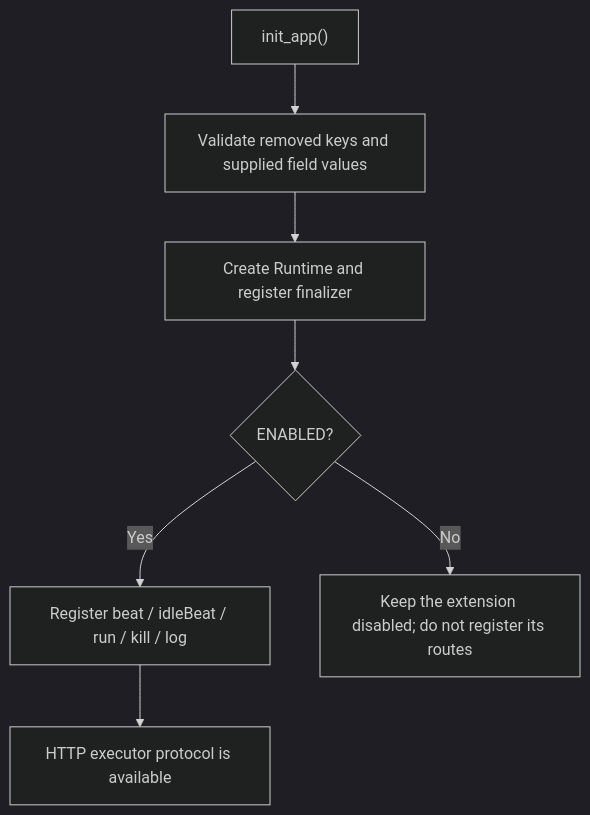
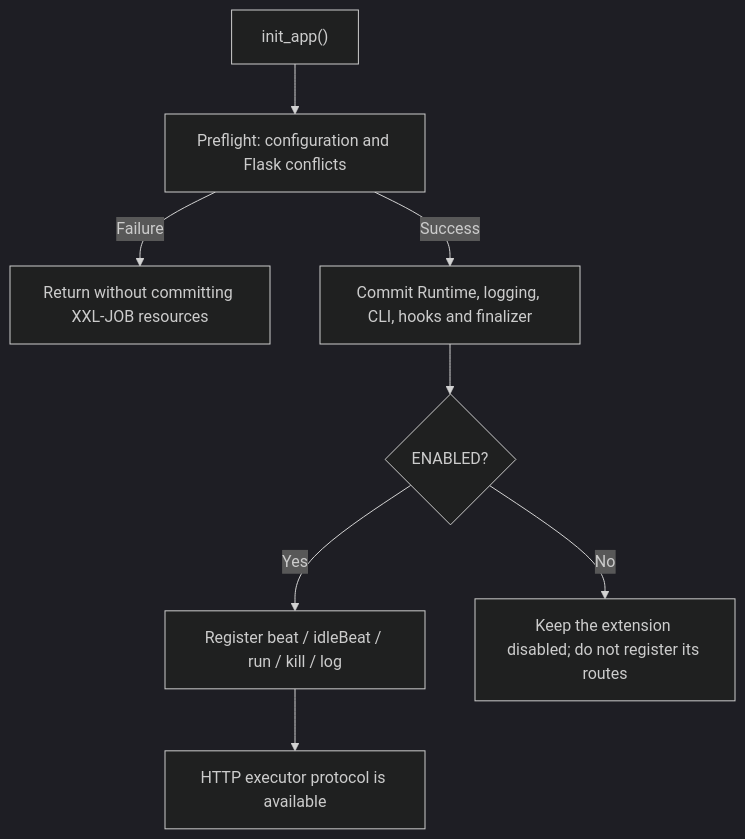
The first of 2 diagrams in docs/deployment.md (pumpkin-nbc/Flask-XXLJob), drawn with Mermaid (dark theme) before and after one commit. The commit also changed other lines of this file and 36 other files, not shown here.

````diff
--- a/docs/deployment.md
+++ b/docs/deployment.md
@@ -11,9 +11,10 @@
 ```mermaid
 flowchart TD
-    A["init_app()"] --> B["Validate removed keys and supplied field values"]
-    B --> C["Create Runtime and register finalizer"]
-    C --> D{"ENABLED?"}
-    D -->|"Yes"| E["Register beat / idleBeat / run / kill / log"]
-    E --> F["HTTP executor protocol is available"]
-    D -->|"No"| G["Keep the extension disabled; do not register its routes"]
+    A["init_app()"] --> B["Preflight: configuration and Flask conflicts"]
+    B -->|"Failure"| C["Return without committing XXL-JOB resources"]
+    B -->|"Success"| D["Commit Runtime, logging, CLI, hooks and finalizer"]
+    D --> E{"ENABLED?"}
+    E -->|"Yes"| F["Register beat / idleBeat / run / kill / log"]
+    F --> G["HTTP executor protocol is available"]
+    E -->|"No"| H["Keep the extension disabled; do not register its routes"]
 ```
````
